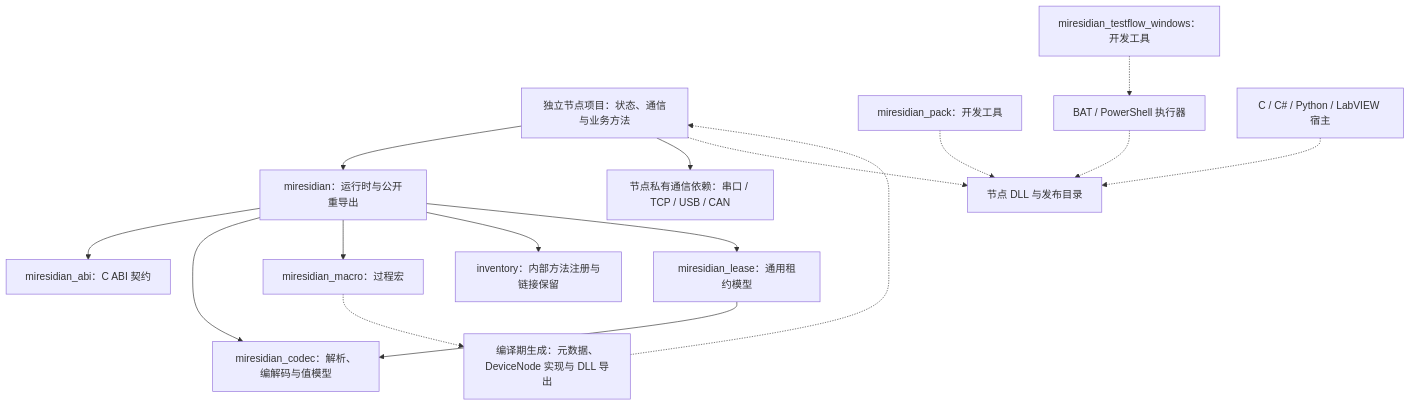
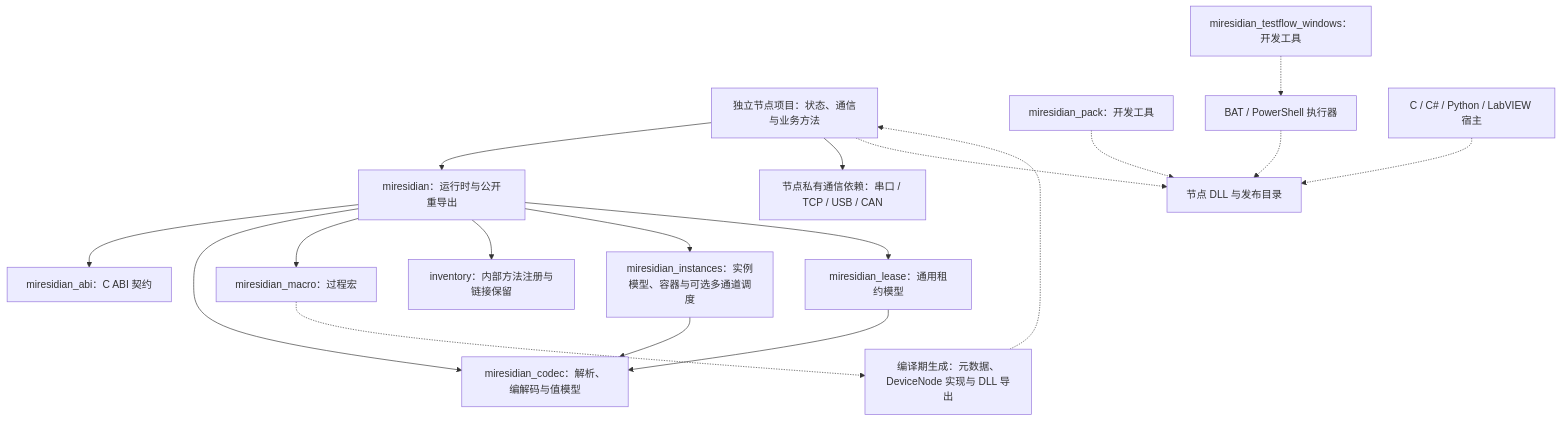
The first of 3 diagrams in docs/architecture.md (MyMires/miresidian), drawn with Mermaid before and after one commit. The commit also changed other lines of this file and 88 other files, not shown here.

````diff
--- a/docs/architecture.md
+++ b/docs/architecture.md
@@ -11,18 +11,20 @@
 ```mermaid
 flowchart TB
     node["独立节点项目：状态、通信与业务方法"] --> runtime["miresidian：运行时与公开重导出"]
     node --> transport["节点私有通信依赖：串口 / TCP / USB / CAN"]
     runtime --> abi["miresidian_abi：C ABI 契约"]
     runtime --> codec["miresidian_codec：解析、编解码与值模型"]
     runtime --> macros["miresidian_macro：过程宏"]
     runtime --> registry["inventory：内部方法注册与链接保留"]
+    runtime --> instances["miresidian_instances：实例模型、容器与可选多通道调度"]
+    instances --> codec
     runtime --> lease["miresidian_lease：通用租约模型"]
     lease --> codec
     macros -.-> generated["编译期生成：元数据、DeviceNode 实现与 DLL 导出"]
     generated -.-> node
     pack["miresidian_pack：开发工具"] -.-> dll["节点 DLL 与发布目录"]
     node -.-> dll
     testflow["miresidian_testflow_windows：开发工具"] -.-> bat["BAT / PowerShell 执行器"]
     bat -.-> dll
     host["C / C# / Python / LabVIEW 宿主"] -.-> dll
 ```
````
